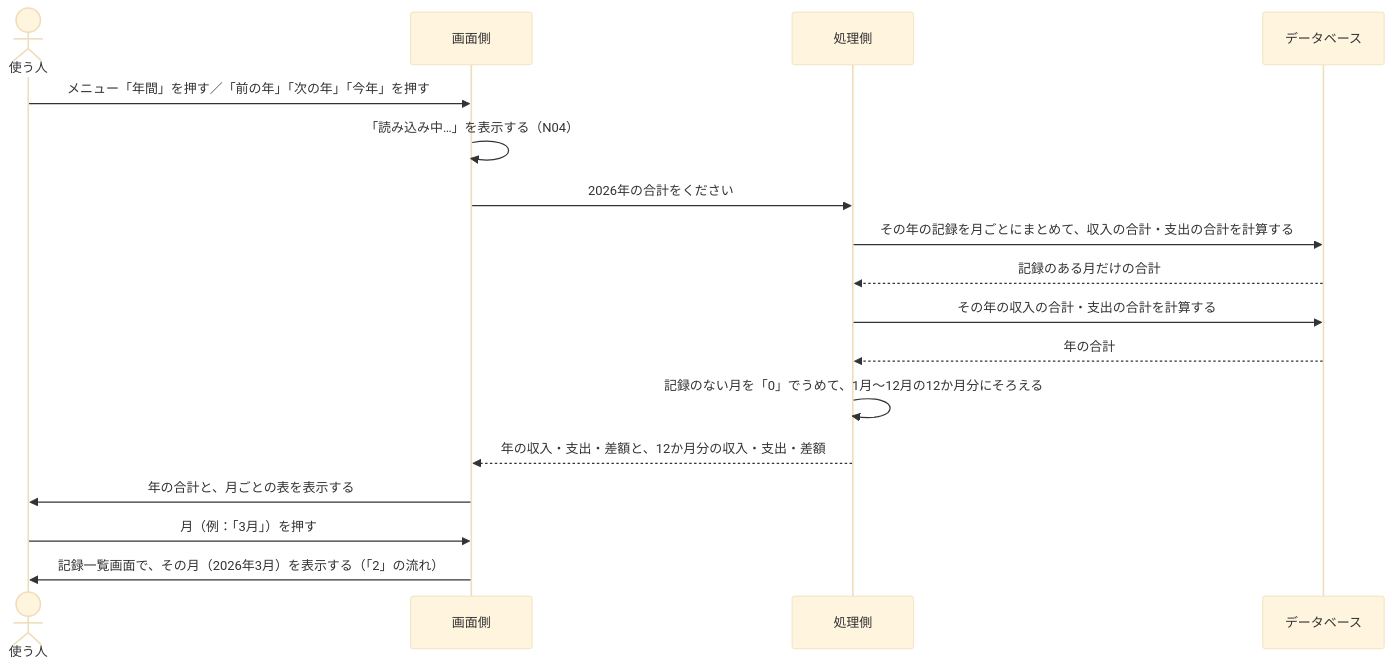
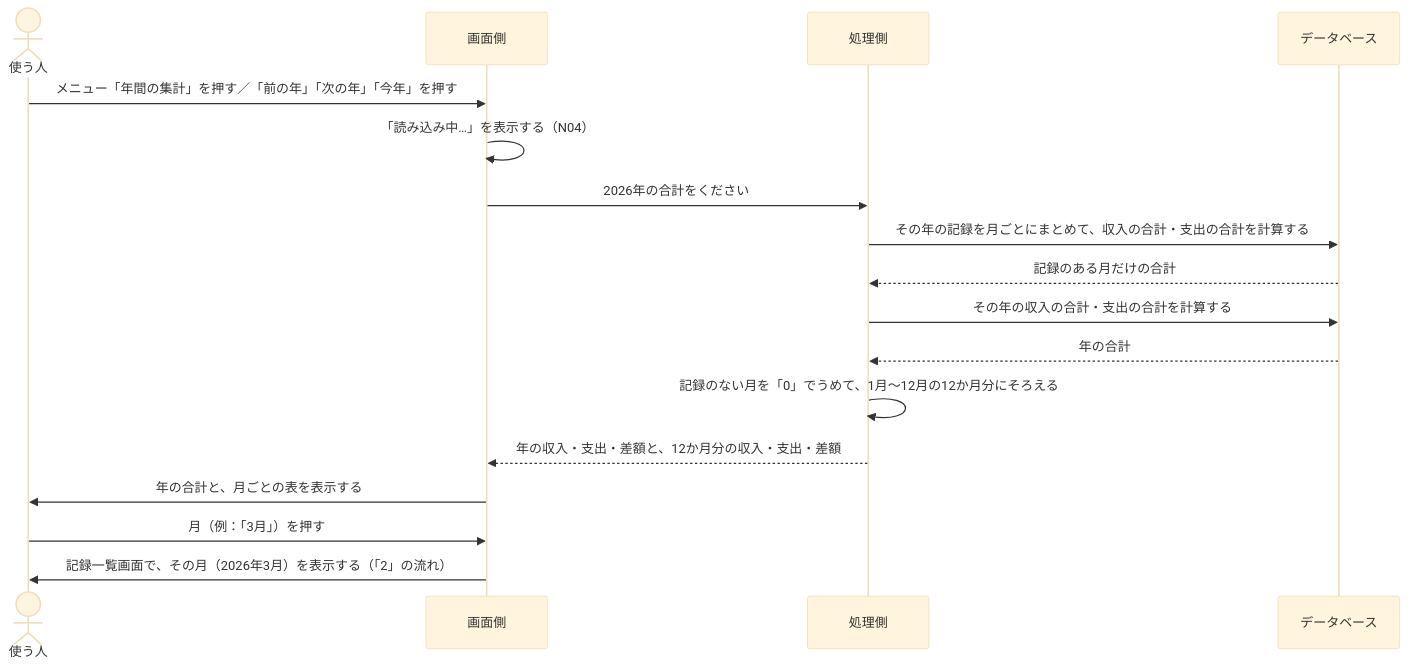
One commit to junji-sakamoto/kakeibo-app changed the tenth of 10 diagrams in docs/02_設計/05_データの流れ.md. Above: the diagram before and after it, drawn with Mermaid (base theme). The commit also changed other lines of this file and 16 other files, not shown here.

````diff
--- a/docs/02_設計/05_データの流れ.md
+++ b/docs/02_設計/05_データの流れ.md
@@ -275,20 +275,20 @@
 ```mermaid
 sequenceDiagram
     actor U as 使う人
     participant B as 画面側
     participant S as 処理側
     participant D as データベース
 
-    U->>B: メニュー「年間」を押す／「前の年」「次の年」「今年」を押す
+    U->>B: メニュー「年間の集計」を押す／「前の年」「次の年」「今年」を押す
     B->>B: 「読み込み中…」を表示する（N04）
     B->>S: 2026年の合計をください
     S->>D: その年の記録を月ごとにまとめて、収入の合計・支出の合計を計算する
     D-->>S: 記録のある月だけの合計
     S->>D: その年の収入の合計・支出の合計を計算する
     D-->>S: 年の合計
     S->>S: 記録のない月を「0」でうめて、1月〜12月の12か月分にそろえる
     S-->>B: 年の収入・支出・差額と、12か月分の収入・支出・差額
     B->>U: 年の合計と、月ごとの表を表示する
     U->>B: 月（例：「3月」）を押す
     B->>U: 記録一覧画面で、その月（2026年3月）を表示する（「2」の流れ）
 ```
````
